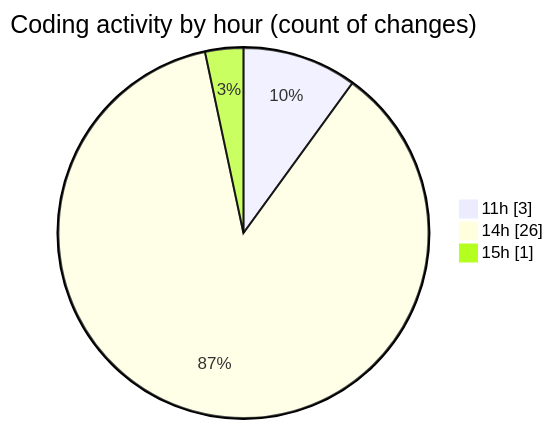
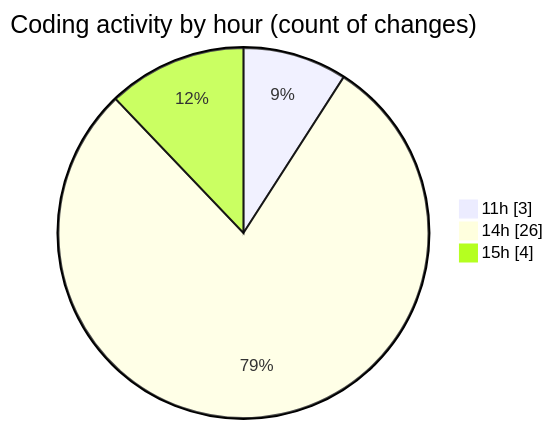
One commit to charlie-sans/code-tracking changed the second of 2 diagrams in 2025-04-30/masm-lsp/README.md. Above: the diagram before and after it, drawn with Mermaid. The commit also changed other lines of this file and 1 other file, not shown here.

````diff
--- a/2025-04-30/masm-lsp/README.md
+++ b/2025-04-30/masm-lsp/README.md
@@ -31,7 +31,7 @@
 ```mermaid
 pie showData
 title Coding activity by hour (count of changes)
 "11h" : 3
 "14h" : 26
-"15h" : 1
+"15h" : 4
 ```
````
